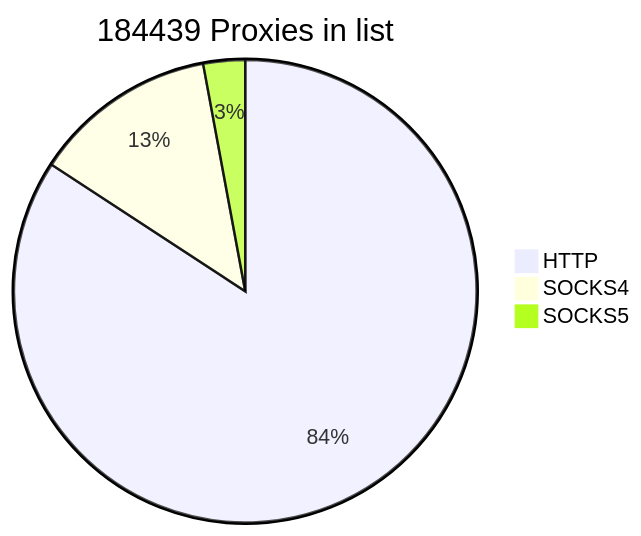
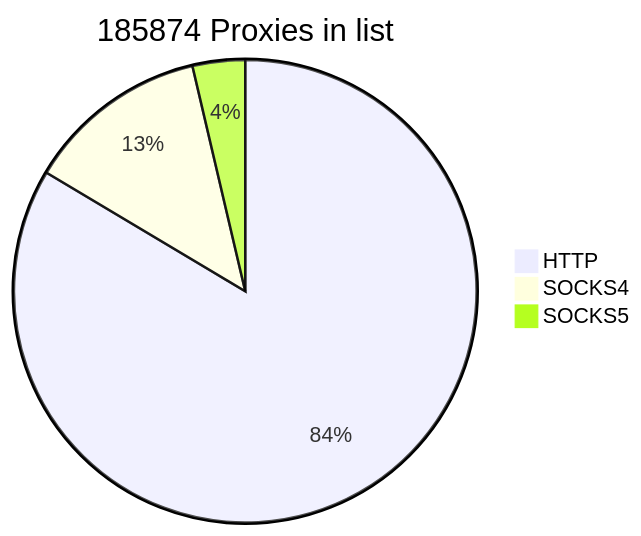
The first of 2 diagrams in README.md (cutipu/proxylist), drawn with Mermaid before and after one commit. The commit also changed other lines of this file, not shown here.

````diff
--- a/README.md
+++ b/README.md
@@ -2,7 +2,7 @@
 ```mermaid
-pie title 184439 Proxies in list
+pie title 185874 Proxies in list
     "HTTP" : 155324
     "SOCKS4" : 23735
-    "SOCKS5" : 5380
+    "SOCKS5" : 6815
             
 ```
````
